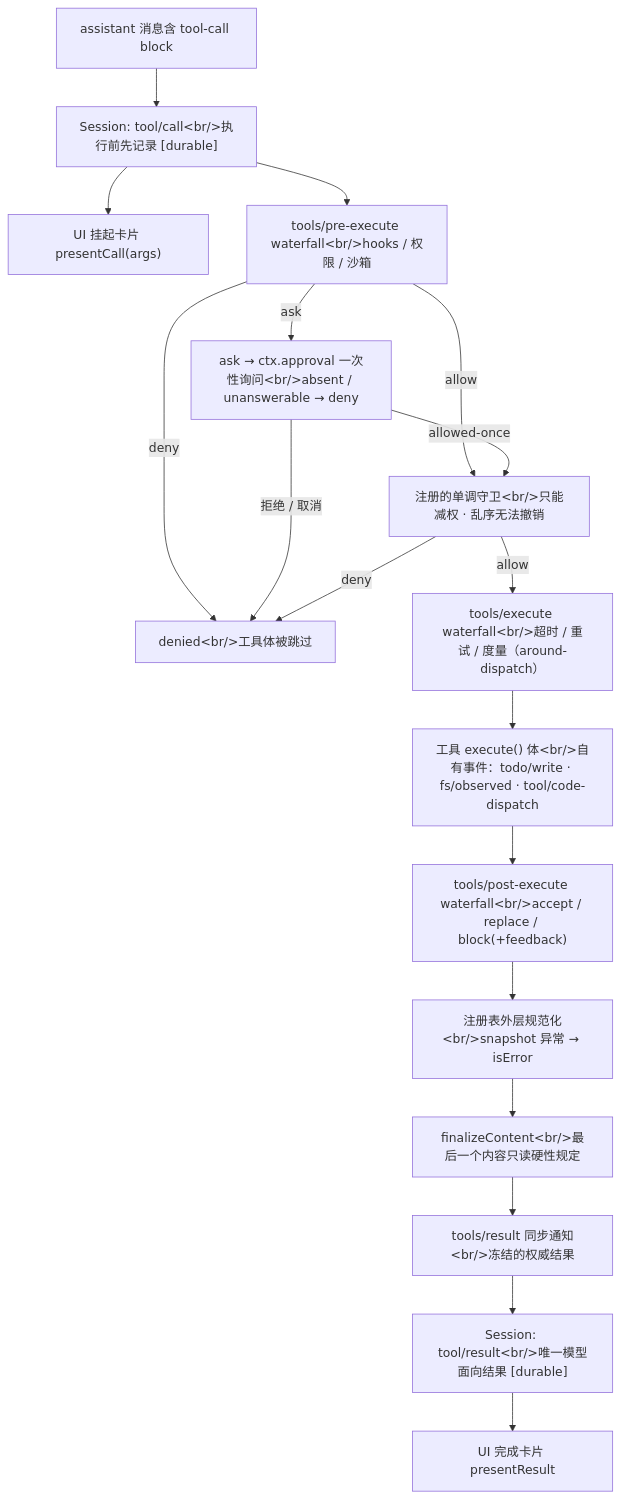
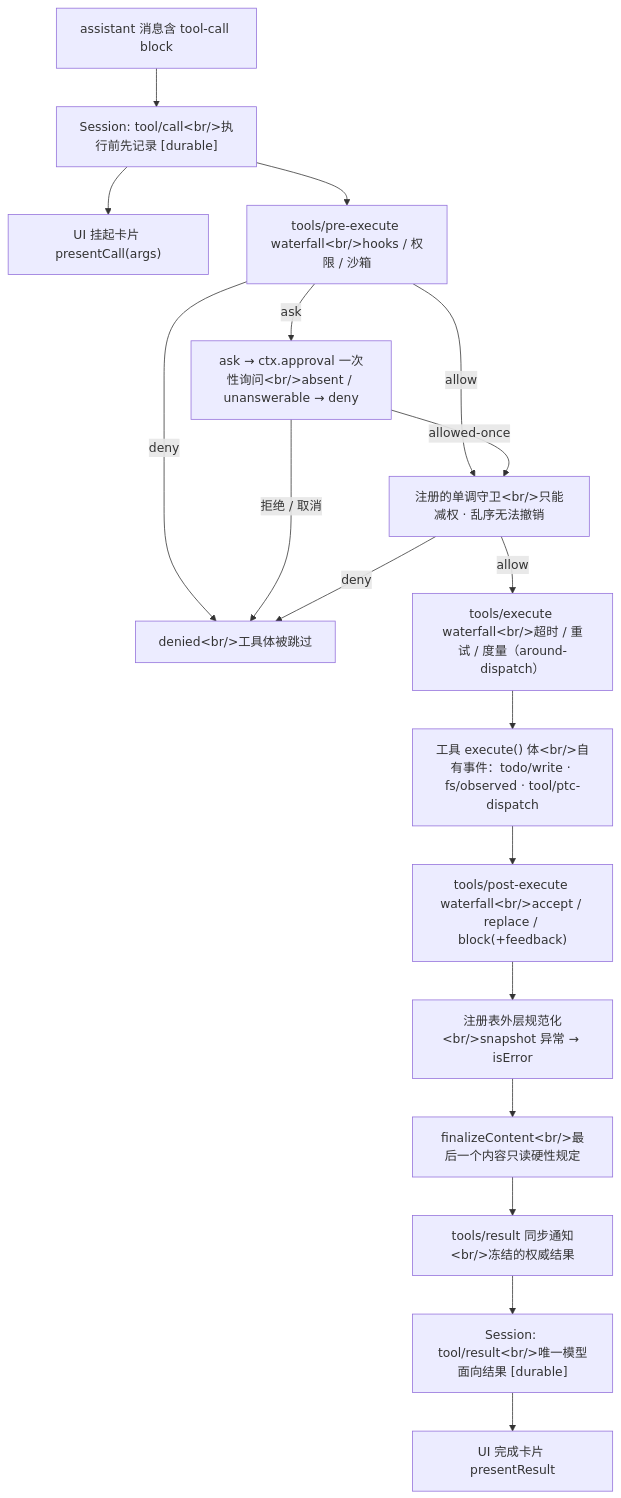
The second of 5 diagrams in docs/report/03-flows.md (ZZKeepCurious/mini-deepseek-harness-python), drawn with Mermaid before and after one commit. The commit also changed other lines of this file and 37 other files, not shown here.

````diff
--- a/docs/report/03-flows.md
+++ b/docs/report/03-flows.md
@@ -83,35 +83,35 @@
 ```mermaid
 flowchart TD
   M["assistant 消息含 tool-call block"]
   TC["Session: tool/call&lt;br/&gt;执行前先记录 [durable]"]
   PC["UI 挂起卡片 presentCall(args)"]
   PRE["tools/pre-execute waterfall&lt;br/&gt;hooks / 权限 / 沙箱"]
   ASK["ask → ctx.approval 一次性询问&lt;br/&gt;absent / unanswerable → deny"]
   DEN["denied&lt;br/&gt;工具体被跳过"]
   G["注册的单调守卫&lt;br/&gt;只能减权 · 乱序无法撤销"]
   EX["tools/execute waterfall&lt;br/&gt;超时 / 重试 / 度量（around-dispatch）"]
-  BODY["工具 execute() 体&lt;br/&gt;自有事件：todo/write · fs/observed · tool/code-dispatch"]
+  BODY["工具 execute() 体&lt;br/&gt;自有事件：todo/write · fs/observed · tool/ptc-dispatch"]
   POST["tools/post-execute waterfall&lt;br/&gt;accept / replace / block(+feedback)"]
   NORM["注册表外层规范化&lt;br/&gt;snapshot 异常 → isError"]
   FIN["finalizeContent&lt;br/&gt;最后一个内容只读硬性规定"]
   RES["tools/result 同步通知&lt;br/&gt;冻结的权威结果"]
   TR["Session: tool/result&lt;br/&gt;唯一模型面向结果 [durable]"]
   PR["UI 完成卡片 presentResult"]
   M --> TC
   TC --> PC
   TC --> PRE
   PRE -->|allow| G
   PRE -->|deny| DEN
   PRE -->|ask| ASK
   ASK -->|allowed-once| G
   ASK -->|拒绝 / 取消| DEN
   G -->|allow| EX
   G -->|deny| DEN
   EX --> BODY
   BODY --> POST
   POST --> NORM
   NORM --> FIN
   FIN --> RES
   RES --> TR
   TR --> PR
 ```
````
